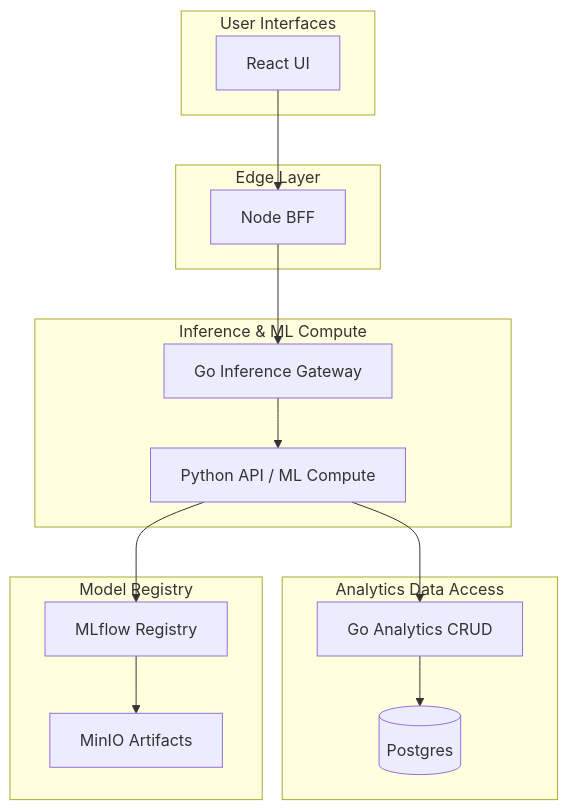
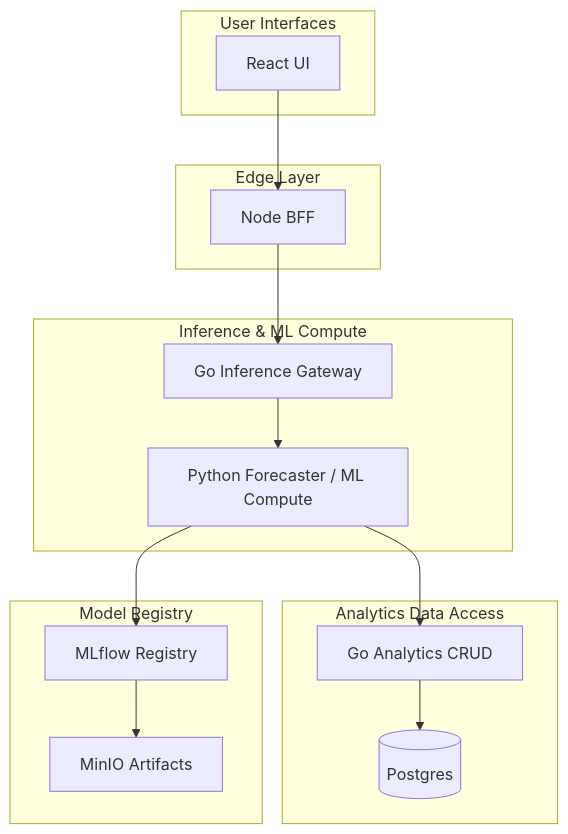
The first of 3 diagrams in README.md (jonkmatsumo/label-lag), drawn with Mermaid before and after one commit. The commit also changed other lines of this file, not shown here.

````diff
--- a/README.md
+++ b/README.md
@@ -13,28 +13,28 @@
 ```mermaid
 flowchart TB
     subgraph UI[User Interfaces]
         UI_REACT[React UI]
     end
 
     subgraph Edge[Edge Layer]
         BFF[Node BFF]
     end
 
     subgraph Inference[Inference & ML Compute]
         GO_INF[Go Inference Gateway]
-        PY_API[Python API / ML Compute]
+        PY_API[Python Forecaster / ML Compute]
     end
 
     subgraph Analytics[Analytics Data Access]
         GO_CRUD[Go Analytics CRUD]
         DB[(Postgres)]
     end
 
     subgraph Registry[Model Registry]
         MLFLOW[MLflow Registry]
         MINIO[MinIO Artifacts]
     end
 
     UI_REACT --> BFF --> GO_INF --> PY_API --> GO_CRUD --> DB
     PY_API --> MLFLOW --> MINIO
 ```
````
